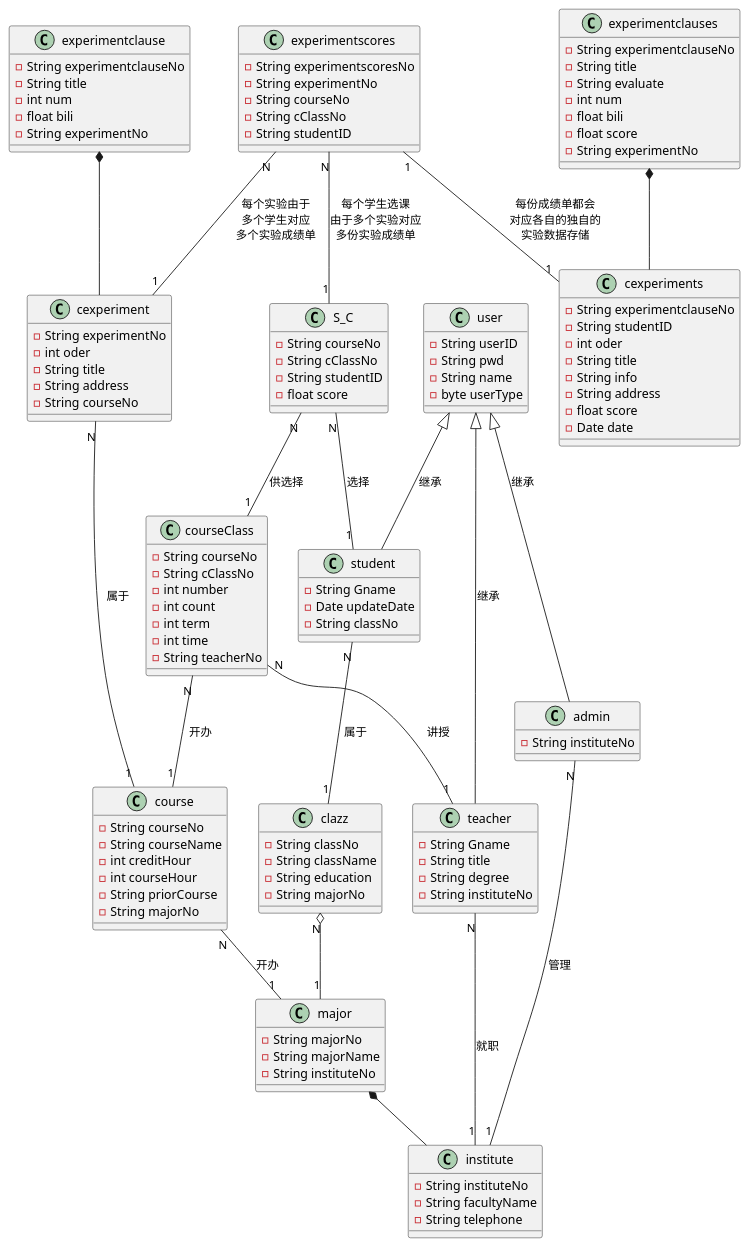
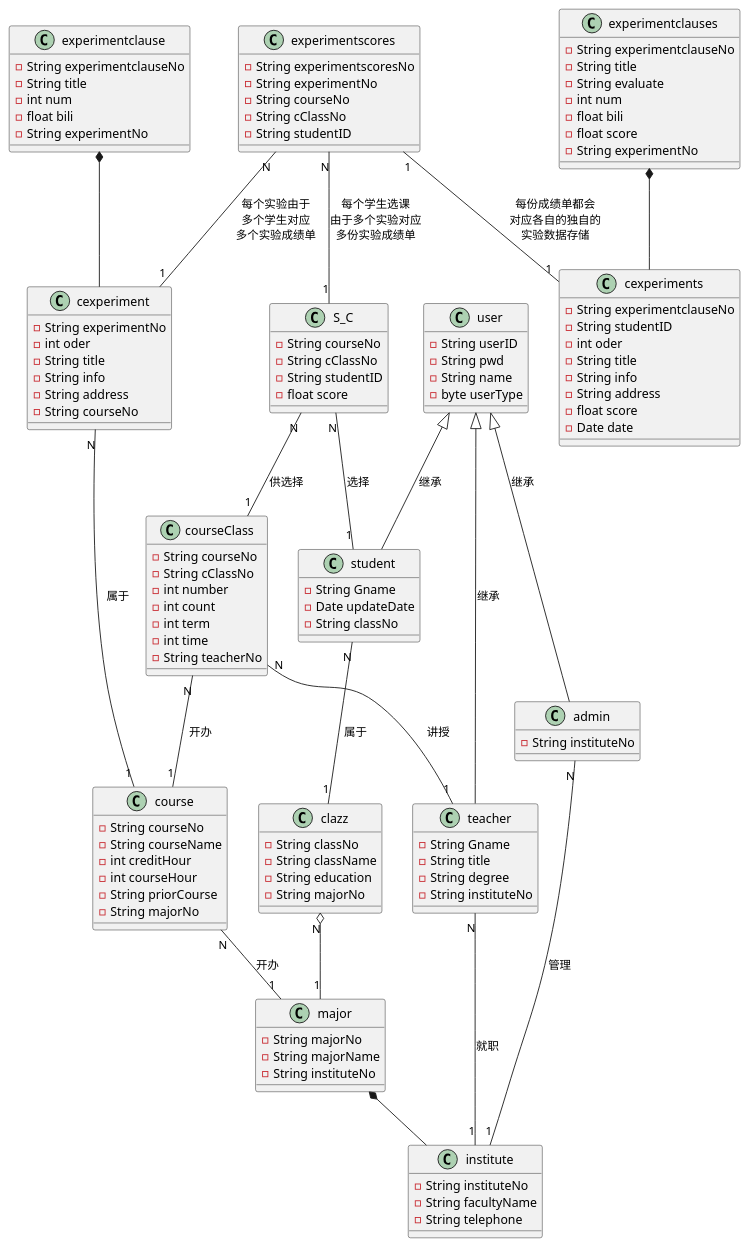
One commit to 201610414130/is_analysis-4 changed the diagram in test6/classView.pu. Above: the diagram before and after it, drawn with PlantUML. The commit also changed 248 other files, not shown here.

```diff
--- a/test6/classView.pu
+++ b/test6/classView.pu
@@ -1,123 +1,124 @@
 @startuml 实验管理平台类图
 class user{
     -String userID
     -String pwd
     -String name
     -byte userType
 }
 class student{
     -String Gname
     -Date updateDate
     -String classNo
 }
 class teacher{
     -String Gname
     -String title
     -String degree
     -String instituteNo
 }
 class admin{
     -String instituteNo
 }
 class clazz{
     -String classNo
     -String className
     -String education
     -String majorNo
 }
 class major{
     -String majorNo
     -String majorName
     -String instituteNo
 }
 class institute{
     -String instituteNo
     -String facultyName
     -String telephone
 }
 class course{
     -String courseNo
     -String courseName
     -int creditHour
     -int courseHour
     -String priorCourse
     -String majorNo
 }
 class courseClass{
     -String courseNo
     -String cClassNo
     -int number
     -int count
     -int term
     -int time
     -String teacherNo
 }
 class S_C{
     -String courseNo
     -String cClassNo
     -String studentID
     -float score
 }
 
 class cexperiment{
     -String experimentNo
     -int oder
     -String title
+    -String info
     -String address
     -String courseNo
 }
 
 class experimentclause{
     -String experimentclauseNo
     -String title
     -int num
     -float bili
     -String experimentNo
 }
 
 class cexperiments{
     -String experimentclauseNo
     -String studentID
     -int oder
     -String title
     -String info
     -String address
     -float score
     -Date date
 }
 class experimentclauses{
     -String experimentclauseNo
     -String title
     -String evaluate
     -int num
     -float bili
     -float score
     -String experimentNo
 }
 class experimentscores{
     -String experimentscoresNo
     -String experimentNo
     -String courseNo
     -String cClassNo
     -String studentID
 }
 student -up-|> user:继承
 teacher -up-|> user:继承
 admin -up-|> user:继承
 student "N" -- "1" clazz:属于
 clazz "N" o-- "1" major
 major *-- institute
 teacher "N" -- "1" institute:就职
 admin "N" -- "1" institute:管理
 S_C "N" -- "1" student:选择
 S_C "N" -- "1" courseClass:供选择
 courseClass "N" -- "1" course:开办
 courseClass "N" -- "1" teacher:讲授
 course "N" -- "1" major:开办
 experimentclause *-- cexperiment
 cexperiment "N" -- "1" course:属于
 experimentscores "N" -- "1" S_C:每个学生选课\n由于多个实验对应\n多份实验成绩单
 experimentscores "N" -- "1" cexperiment:每个实验由于\n多个学生对应\n多个实验成绩单
 experimentclauses *-- cexperiments
 experimentscores "1"--"1" cexperiments:每份成绩单都会\n对应各自的独自的\n实验数据存储
 @enduml
```
